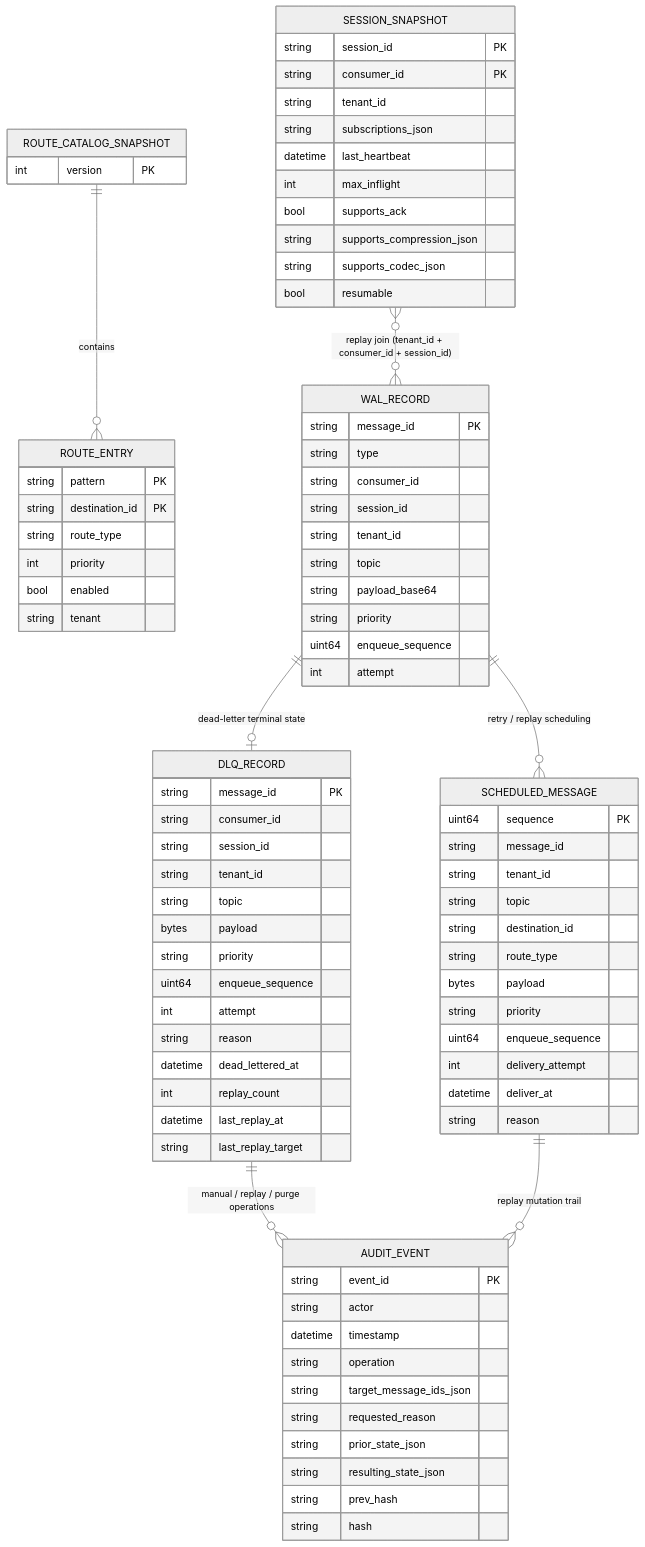
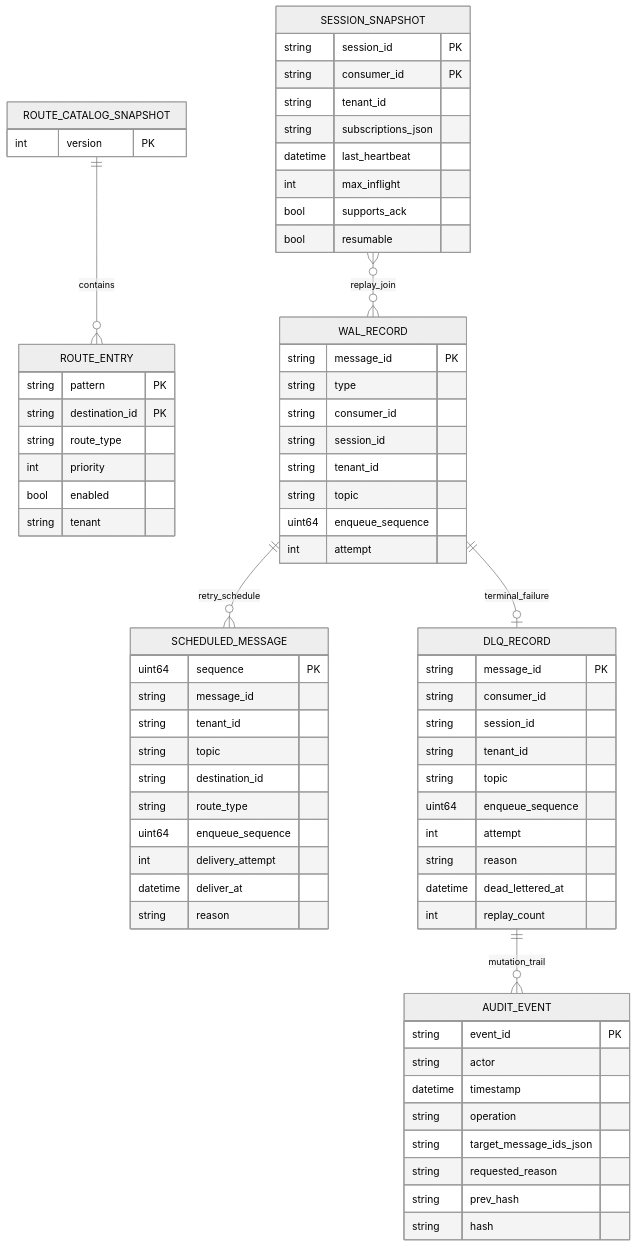
Before and after one commit to Restyourmind/AetherBus-Tachyon: the first of 2 diagrams in README.md, drawn with Mermaid (neutral theme). The commit also changed other lines of this file, not shown here.

Commit message:
docs: redesign README architecture section and planning backlog (#52)

````diff
--- a/README.md
+++ b/README.md
@@ -205,8 +207,6 @@
         datetime last_heartbeat
         int max_inflight
         bool supports_ack
-        string supports_compression_json
-        string supports_codec_json
         bool resumable
     }
 
@@ -217,8 +217,6 @@
         string session_id
         string tenant_id
         string topic
-        string payload_base64
-        string priority
         uint64 enqueue_sequence
         int attempt
     }
@@ -230,8 +228,6 @@
         string topic
         string destination_id
         string route_type
-        bytes payload
-        string priority
         uint64 enqueue_sequence
         int delivery_attempt
         datetime deliver_at
@@ -244,15 +240,11 @@
         string session_id
         string tenant_id
         string topic
-        bytes payload
-        string priority
         uint64 enqueue_sequence
         int attempt
         string reason
         datetime dead_lettered_at
         int replay_count
-        datetime last_replay_at
-        string last_replay_target
     }
 
     AUDIT_EVENT {
@@ -262,16 +254,13 @@
         string operation
         string target_message_ids_json
         string requested_reason
-        string prior_state_json
-        string resulting_state_json
         string prev_hash
         string hash
     }
 
     ROUTE_CATALOG_SNAPSHOT ||--o{ ROUTE_ENTRY : contains
-    SESSION_SNAPSHOT }o--o{ WAL_RECORD : "replay join (tenant_id + consumer_id + session_id)"
-    WAL_RECORD ||--o{ SCHEDULED_MESSAGE : "retry / replay scheduling"
-    WAL_RECORD ||--o| DLQ_RECORD : "dead-letter terminal state"
-    DLQ_RECORD ||--o{ AUDIT_EVENT : "manual / replay / purge operations"
-    SCHEDULED_MESSAGE ||--o{ AUDIT_EVENT : "replay mutation trail"
+    SESSION_SNAPSHOT }o--o{ WAL_RECORD : replay_join
+    WAL_RECORD ||--o{ SCHEDULED_MESSAGE : retry_schedule
+    WAL_RECORD ||--o| DLQ_RECORD : terminal_failure
+    DLQ_RECORD ||--o{ AUDIT_EVENT : mutation_trail
 ```
````
